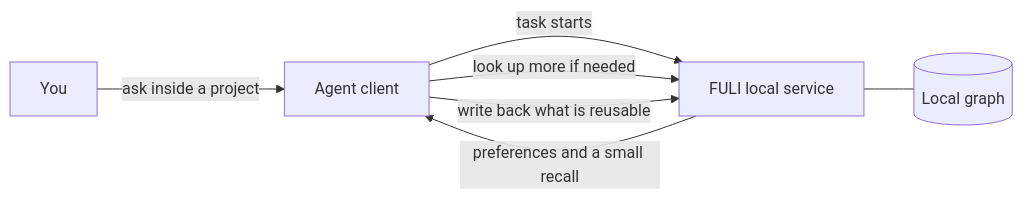
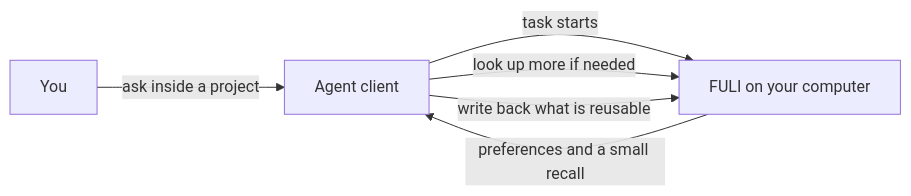
The diagram in README.md (JevonsCode/fuli), drawn with Mermaid before and after one commit. The commit also changed other lines of this file and 16 other files, not shown here.

````diff
--- a/README.md
+++ b/README.md
@@ -99,9 +57,8 @@
 ```mermaid
 flowchart LR
     U[You] -->|ask inside a project| A[Agent client]
-    A -->|task starts| F[FULI local service]
+    A -->|task starts| F[FULI on your computer]
     F -->|preferences and a small recall| A
     A -->|look up more if needed| F
     A -->|write back what is reusable| F
-    F --- G[(Local graph)]
 ```
````
